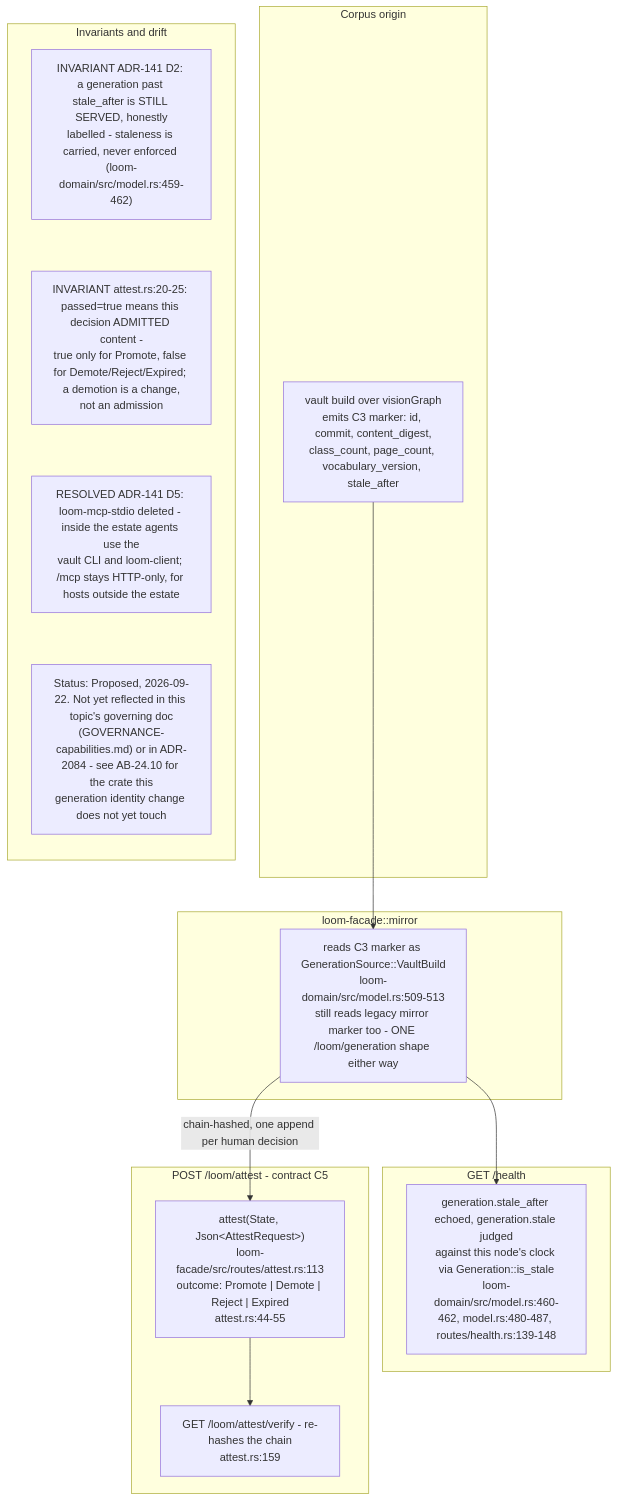
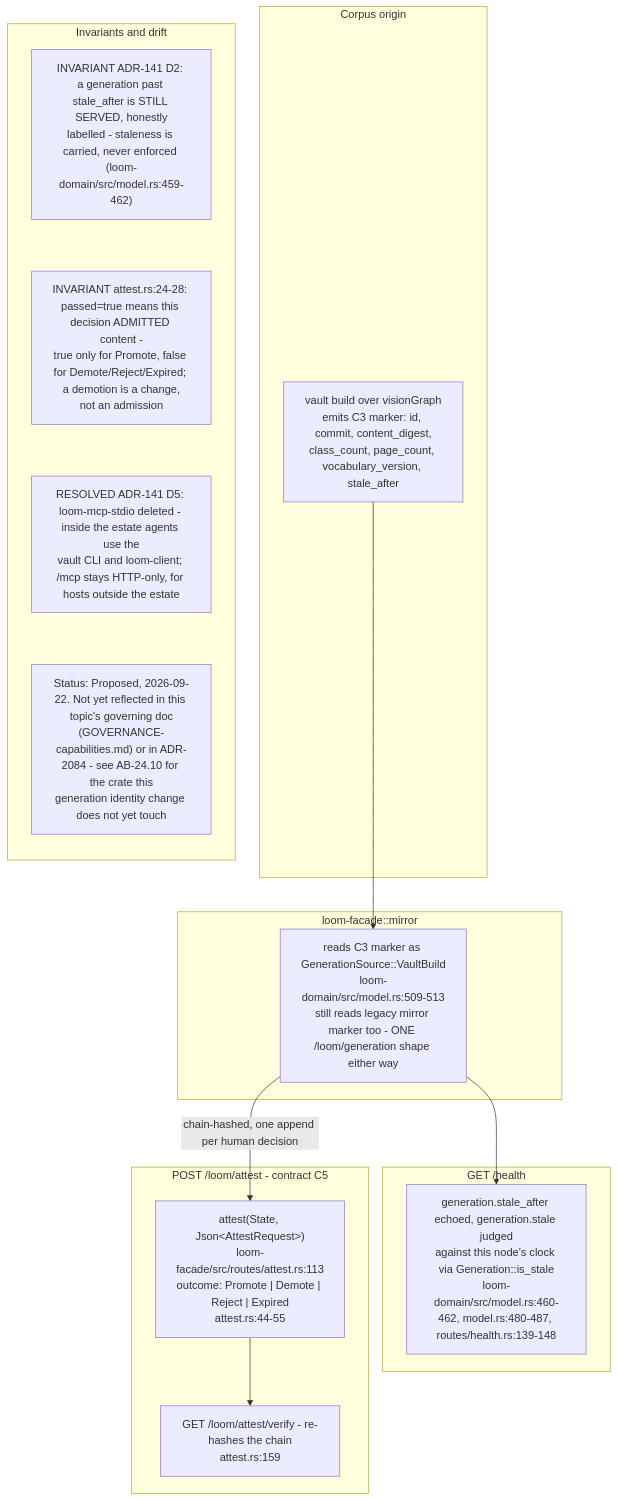
Before and after one commit to DreamLab-AI/VisionFlow: diagram 12 of 14 in docs/diagrams/agentbox/24-loom-facade.md, drawn with Mermaid. The commit also changed other lines of this file and 173 other files, not shown here.

````diff
--- a/docs/diagrams/agentbox/24-loom-facade.md
+++ b/docs/diagrams/agentbox/24-loom-facade.md
@@ -463,28 +465,28 @@
 ```mermaid
 flowchart TB
     subgraph build["Corpus origin"]
         VAULT["vault build over visionGraph<br/>emits C3 marker: id, commit, content_digest,<br/>class_count, page_count, vocabulary_version, stale_after"]
     end
     subgraph loom["loom-facade::mirror"]
         MIR["reads C3 marker as GenerationSource::VaultBuild<br/>loom-domain/src/model.rs:509-513<br/>still reads legacy mirror marker too - ONE /loom/generation shape either way"]
     end
     subgraph health["GET /health"]
         STALE["generation.stale_after echoed, generation.stale judged<br/>against this node's clock via Generation::is_stale<br/>loom-domain/src/model.rs:460-462, model.rs:480-487, routes/health.rs:139-148"]
     end
     subgraph ledger["POST /loom/attest - contract C5"]
         ATT["attest#40;State, Json#60;AttestRequest#62;#41;<br/>loom-facade/src/routes/attest.rs:113<br/>outcome: Promote #124; Demote #124; Reject #124; Expired<br/>attest.rs:44-55"]
         VER["GET /loom/attest/verify - re-hashes the chain<br/>attest.rs:159"]
     end
     VAULT --> MIR
     MIR --> STALE
     MIR -->|"chain-hashed, one append per human decision"| ATT
     ATT --> VER
     subgraph notes["Invariants and drift"]
         direction TB
         N1["INVARIANT ADR-141 D2: a generation past stale_after is STILL SERVED, honestly<br/>labelled - staleness is carried, never enforced (loom-domain/src/model.rs:459-462)"]
-        N2["INVARIANT attest.rs:20-25: passed=true means this decision ADMITTED content -<br/>true only for Promote, false for Demote/Reject/Expired; a demotion is a change,<br/>not an admission"]
+        N2["INVARIANT attest.rs:24-28: passed=true means this decision ADMITTED content -<br/>true only for Promote, false for Demote/Reject/Expired; a demotion is a change,<br/>not an admission"]
         N3["RESOLVED ADR-141 D5: loom-mcp-stdio deleted - inside the estate agents use the<br/>vault CLI and loom-client; #47;mcp stays HTTP-only, for hosts outside the estate"]
         N4["Status: Proposed, 2026-09-22. Not yet reflected in this topic's governing doc<br/>(GOVERNANCE-capabilities.md) or in ADR-2084 - see AB-24.10 for the crate this<br/>generation identity change does not yet touch"]
         N1 ~~~ N2 ~~~ N3 ~~~ N4
     end
 ```
````
